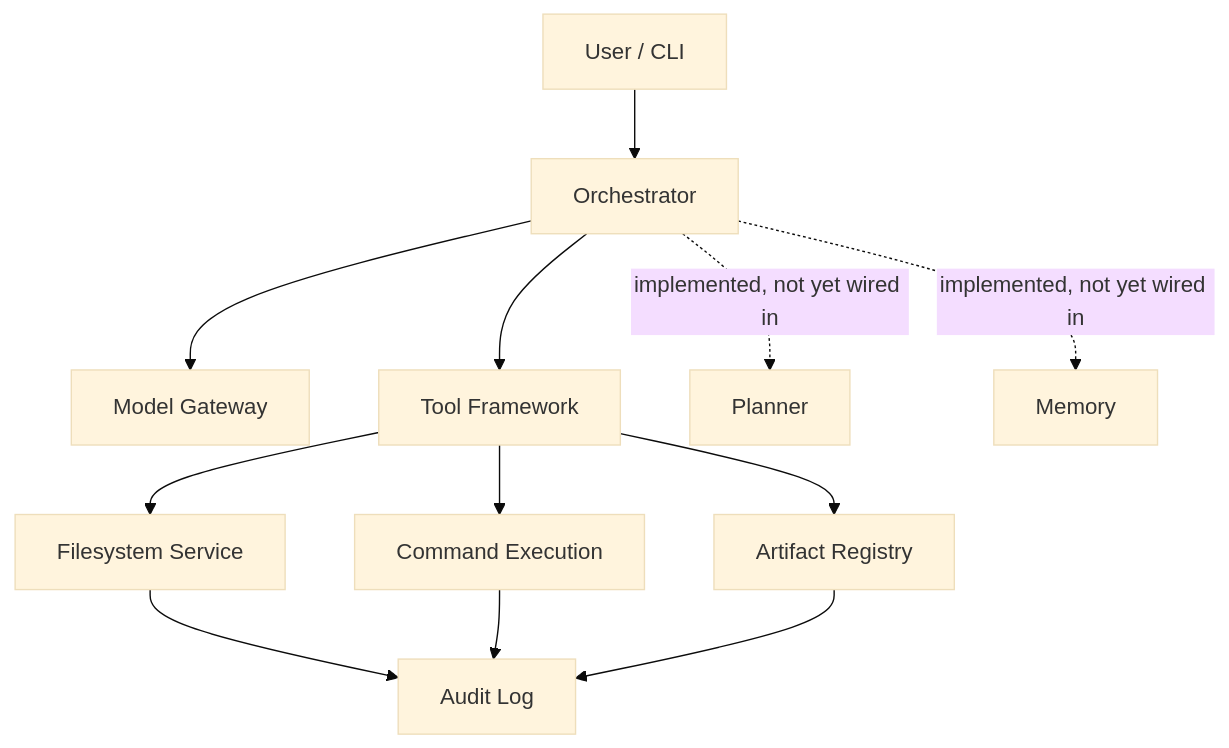
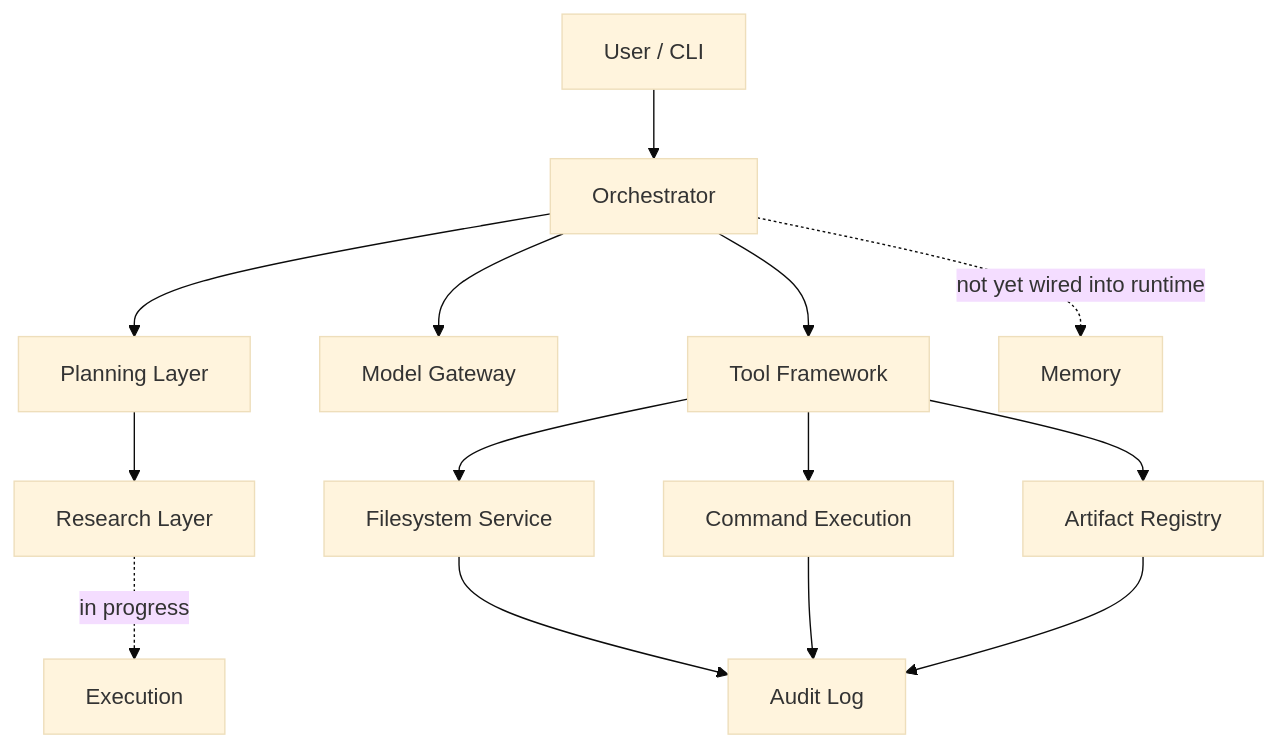
Before and after one commit to neural-agi/Qwen3-Coder-Next: the diagram in README.md, drawn with Mermaid (base theme). The commit also changed other lines of this file, not shown here.

````diff
--- a/README.md
+++ b/README.md
@@ -75,14 +91,16 @@
 ```mermaid
 flowchart TD
     U[User / CLI] --> O[Orchestrator]
+    O --> PL[Planning Layer]
+    PL --> RS[Research Layer]
+    RS -.->|in progress| EX[Execution]
     O --> MG[Model Gateway]
     O --> TF[Tool Framework]
     TF --> FS[Filesystem Service]
     TF --> CMD[Command Execution]
     TF --> AR[Artifact Registry]
     FS --> AL[Audit Log]
     CMD --> AL
     AR --> AL
-    O -.->|implemented, not yet wired in| PL[Planner]
-    O -.->|implemented, not yet wired in| MEM[Memory]
+    O -.->|not yet wired into runtime| MEM[Memory]
 ```
````
